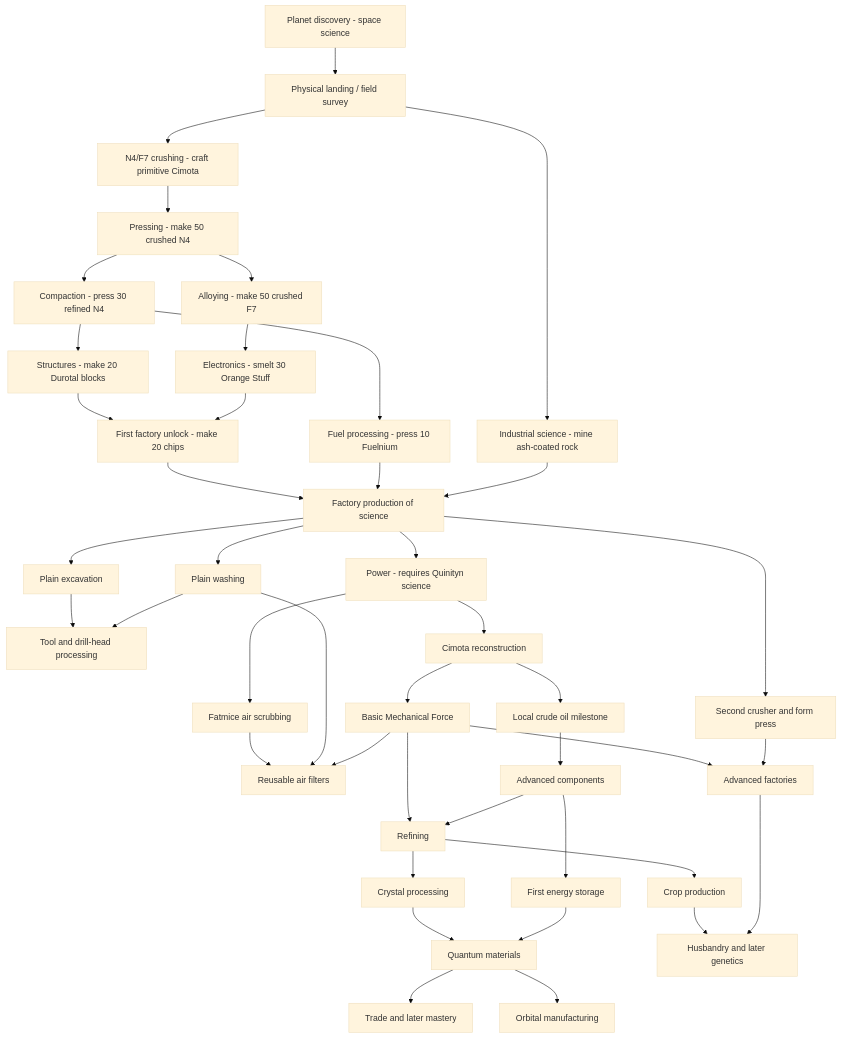
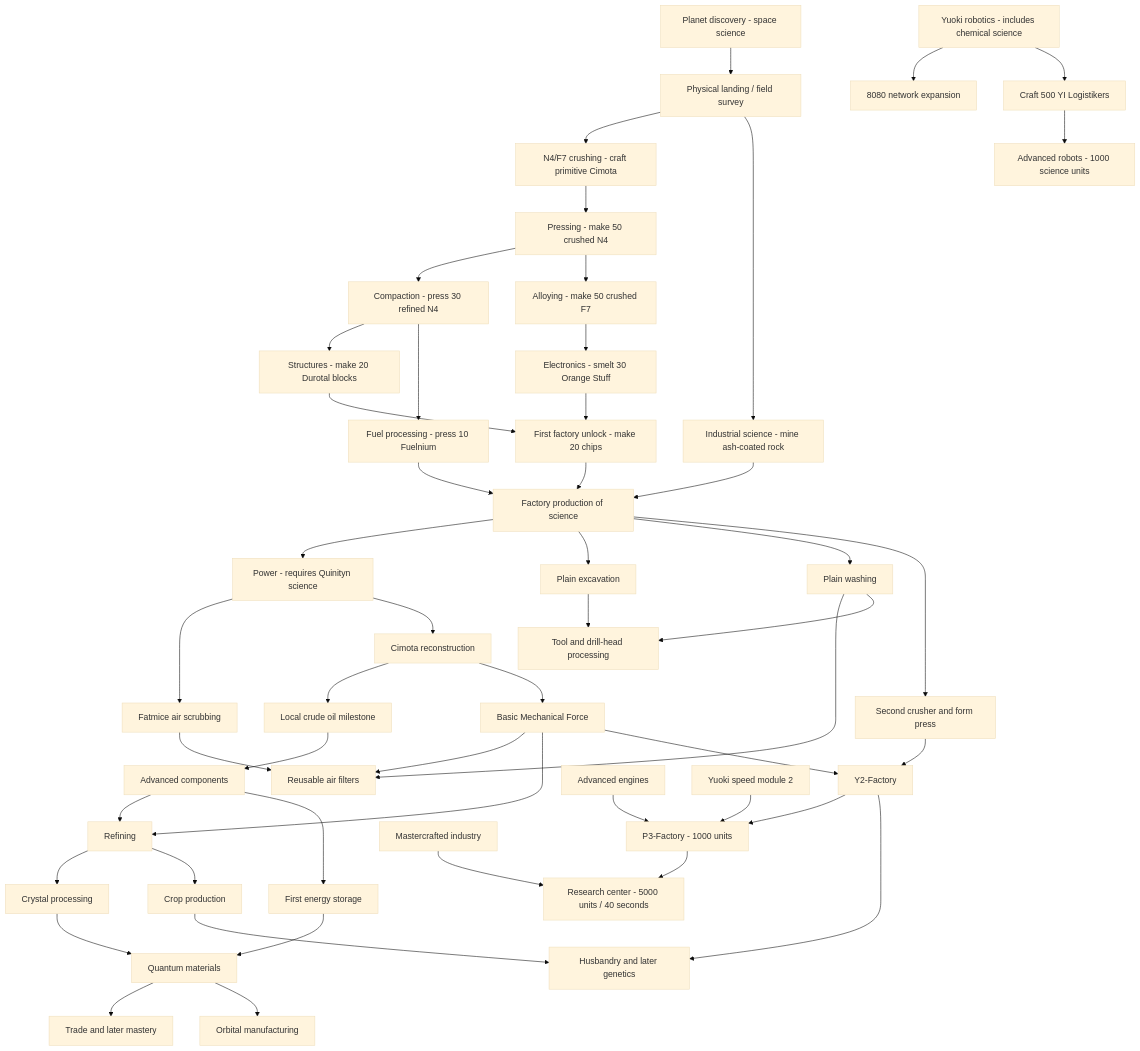
Before and after one commit to jatmn/yuoki-quinityn: the diagram in docs/progression.md, drawn with Mermaid (base theme). The commit also changed other lines of this file and 12 other files, not shown here.

First line of the commit message:
feat(progression): separate factory, robot and module research (#7)

````diff
--- a/docs/progression.md
+++ b/docs/progression.md
@@ -44,44 +44,52 @@
 ```mermaid
 flowchart TD
   Discovery[Planet discovery - space science] --> Arrival[Physical landing / field survey]
   Arrival --> Materials[N4/F7 crushing - craft primitive Cimota]
   Materials --> Pressing[Pressing - make 50 crushed N4]
   Pressing --> Compacting[Compaction - press 30 refined N4]
   Pressing --> Alloying[Alloying - make 50 crushed F7]
   Compacting --> Structures[Structures - make 20 Durotal blocks]
   Alloying --> Electronics[Electronics - smelt 30 Orange Stuff]
   Compacting --> Fuel[Fuel processing - press 10 Fuelnium]
   Structures --> BasicFactory[First factory unlock - make 20 chips]
   Electronics --> BasicFactory
   Arrival --> Science[Industrial science - mine ash-coated rock]
   BasicFactory --> Production[Factory production of science]
   Fuel --> Production
   Science --> Production
   Production --> Power[Power - requires Quinityn science]
   Power --> Air[Fatmice air scrubbing]
   Air --> Filters[Reusable air filters]
   Washing --> Filters
   Engines --> Filters
   Production --> Excavation[Plain excavation]
   Production --> Washing[Plain washing]
   Excavation --> Tooling[Tool and drill-head processing]
   Washing --> Tooling
   Production --> Machining[Second crusher and form press]
   Power --> Cimota[Cimota reconstruction]
   Cimota --> Oil[Local crude oil milestone]
   Oil --> Components[Advanced components]
   Cimota --> Engines[Basic Mechanical Force]
   Engines --> Refining[Refining]
   Components --> Refining
   Refining --> Crystals[Crystal processing]
   Components --> Storage[First energy storage]
   Crystals --> Quantum[Quantum materials]
   Storage --> Quantum
-  Engines --> Factories[Advanced factories]
+  Engines --> Factories[Y2-Factory]
   Machining --> Factories
+  Factories --> P3[P3-Factory - 1000 units]
+  AdvancedEngines[Advanced engines] --> P3
+  AdvancedModules[Yuoki speed module 2] --> P3
+  P3 --> Center[Research center - 5000 units / 40 seconds]
+  Mastery[Mastercrafted industry] --> Center
+  Robotics[Yuoki robotics - includes chemical science] --> Network[8080 network expansion]
+  Robotics --> RobotProduction[Craft 500 YI Logistikers]
+  RobotProduction --> AdvancedRobots[Advanced robots - 1000 science units]
   Refining --> Crops[Crop production]
   Crops --> Animals[Husbandry and later genetics]
   Factories --> Animals
   Quantum --> Trade[Trade and later mastery]
   Quantum --> Orbital[Orbital manufacturing]
 ```
````
